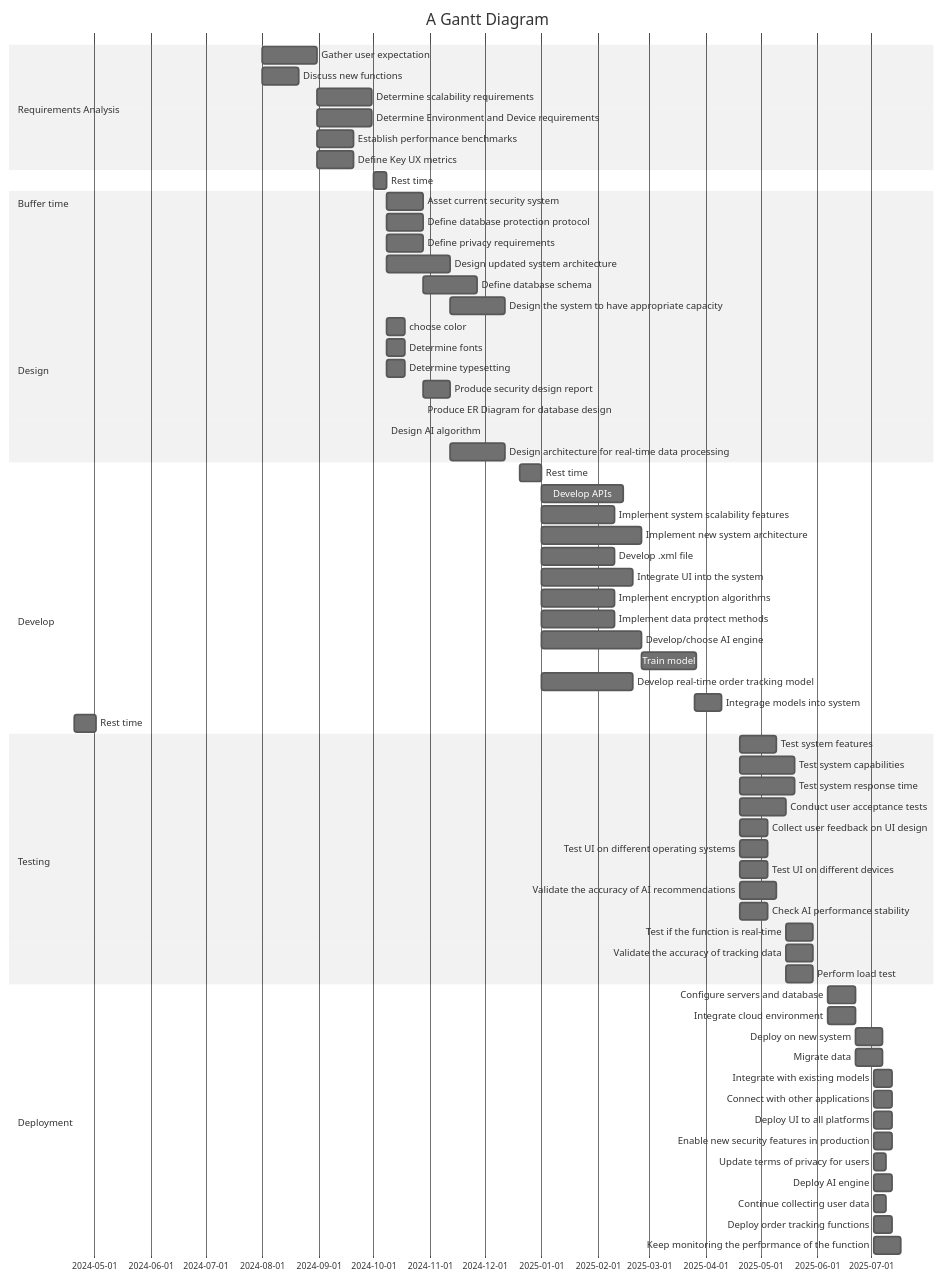
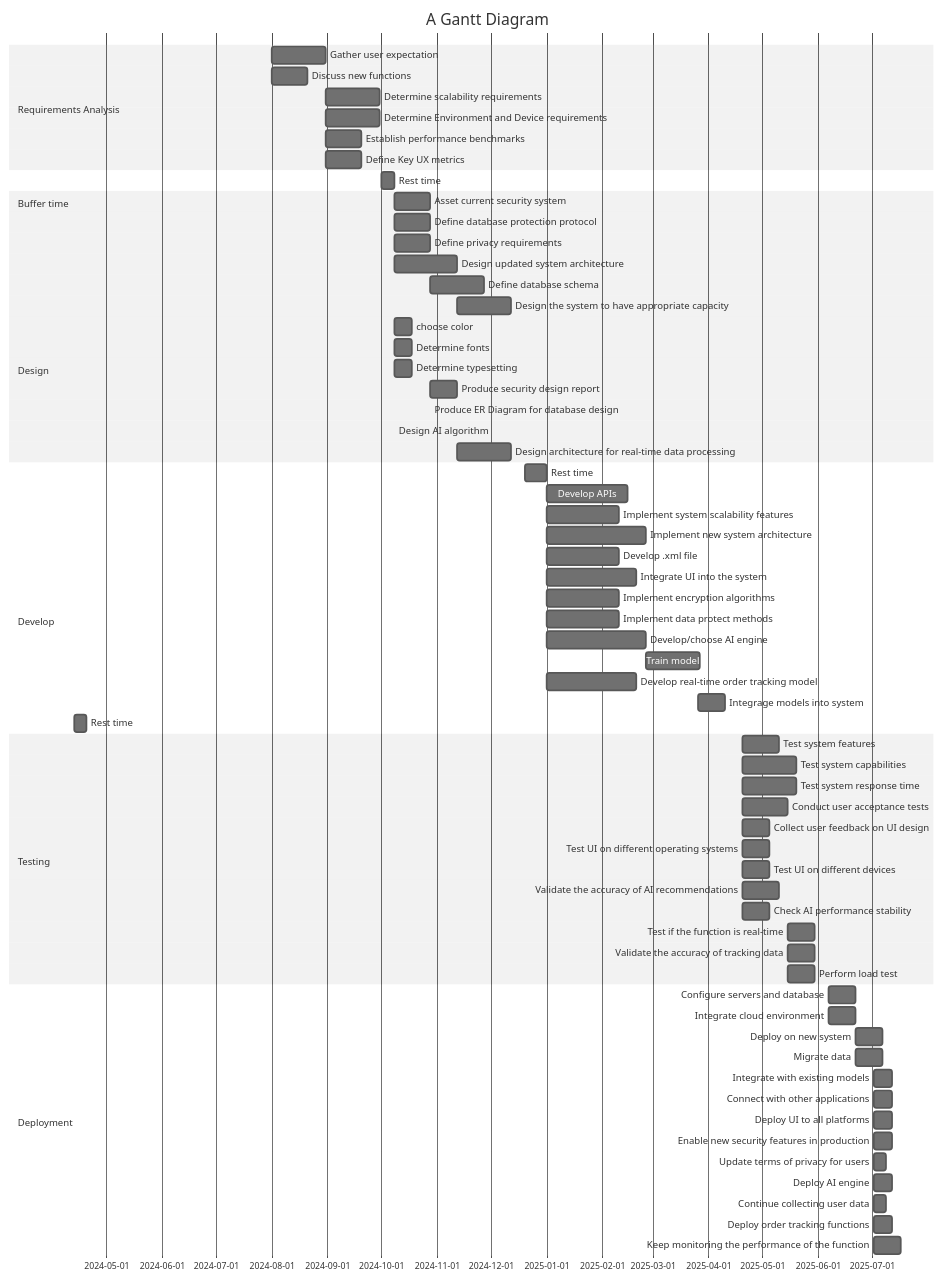
Before and after one commit to sayshelley/iodraw-files: the diagram in all/Untitled-5.md, drawn with Mermaid (neutral theme).

Commit message:
2024-10-11 18:48:41 update

````diff
--- a/all/Untitled-5.md
+++ b/all/Untitled-5.md
@@ -1,79 +1,79 @@
 ```mermaid
 gantt
     title A Gantt Diagram
     dateFormat  YYYY-MM-DD
     section Requirements Analysis
         Gather user expectation: a4, 2024-08-01, 30d
         Discuss new functions: a6, 2024-08-01, 20d
         Determine scalability requirements: a1, after a4, 30d
         Determine Environment and Device requirements: a2, after a4, 30d
         Establish performance benchmarks: a3, after a4, 20d
         Define Key UX metrics: a5, after a4, 20d
     section Buffer time
         Rest time: 2024-10-01, 7d
         
     section Design
         Asset current security system: b1, 2024-10-08, 20d
         Define database protection protocol: b2, 2024-10-08, 20d
         Define privacy requirements: b3, 2024-10-08, 20d
         Design updated system architecture: b4, 2024-10-08, 35d
         Define database schema: b5, after b2, 30d
         Design the system to have appropriate capacity: b6, after b4, 30d
         choose color: b7, 2024-10-08, 10d
         Determine fonts: b8, 2024-10-08, 10d
         Determine typesetting: b9, 2024-10-08, 10d
         Produce security design report: b10, 2024-10-28 ,15d
         Produce ER Diagram for database design: b11, 2024-10-28, 15
         Design AI algorithm: b12, 2024-10-08, 35
         Design architecture for real-time data processing: b13, 2024-11-12,30d
     section Buffer time
         Rest time: 2024-12-20, 12d
     section Develop
         Develop APIs: c1, 2025-01-01, 45d
         Implement system scalability features: c2, 2025-01-01, 40d
         Implement new system architecture: c3, 2025-01-01, 55d
         Develop .xml file: c4, 2025-01-01, 40d
         Integrate UI into the system: c5, 2025-01-01, 50d
         Implement encryption algorithms:c6, 2025-01-01, 40d
         Implement data protect methods: c7, 2025-01-01, 40d
         Develop/choose AI engine: c8, 2025-01-01, 55d
         Train model: c9, 2025-02-25, 30d
         Develop real-time order tracking model: c10, 2025-01-01, 50d
         Integrage models into system: c11, 2025-03-26, 15d
     section Buffer time
-        Rest time: 2024-04-20, 12d
+        Rest time: 2024-04-13, 7d
     section Testing
         Test system features: d1, 2025-04-20, 20d
         Test system capabilities: d2, 2025-04-20, 30d
         Test system response time: d3, 2025-04-20, 30d
         Conduct user acceptance tests: d4, 2025-04-20, 25d
         Collect user feedback on UI design: d5, 2025-04-20, 15d
         Test UI on different operating systems: d6, 2025-04-20, 15d
         Test UI on different devices: d7, 2025-04-20, 15d
         Validate the accuracy of AI recommendations: d8, 2025-04-20, 20d
         Check AI performance stability: d9, 2025-04-20, 15d
         Test if the function is real-time: d10, 2025-05-15, 15d
         Validate the accuracy of tracking data: d11, 2025-05-15, 15d
         Perform load test: d12, 2025-05-15, 15d
     section Deployment
         Configure servers and database: e1, 2025-06-07, 15d
         Integrate cloud environment: e2, 2025-06-07, 15d
         Deploy on new system: e3, 2025-06-22, 15d
         Migrate data: e4, 2025-06-22, 15d
         Integrate with existing models: e5, 2025-07-02, 10d
         Connect with other applications: e6, 2025-07-02,10d
         Deploy UI to all platforms: e7, 2025-07-02, 10d
         Enable new security features in production: e8, 2025-07-02, 10d
         Update terms of privacy for users: e9, 2025-07-02, 7d
         Deploy AI engine: e10, 2025-07-02,10d
         Continue collecting user data: e11, 2025-07-02, 7d
         Deploy order tracking functions: e12, 2025-07-02, 10d
         Keep monitoring the performance of the function: e13, 2025-07-02, 15d
     
         
 
     
 
 
    
 ```
````
